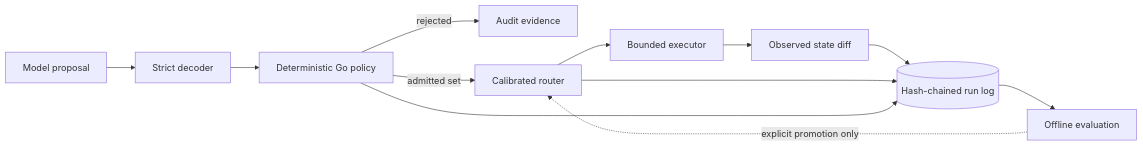
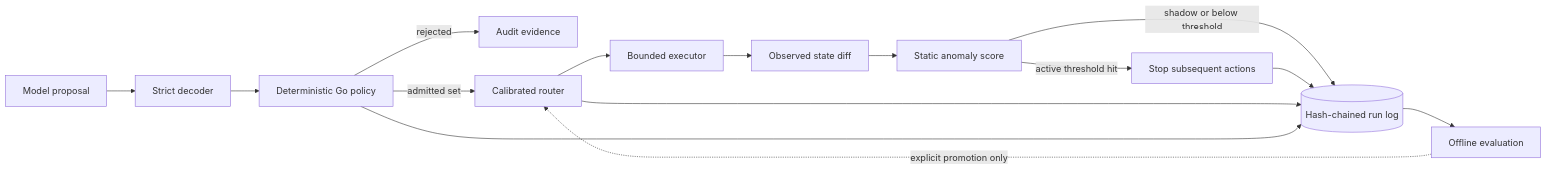
One commit to darshgarg7/Bouncer changed the diagram in README.md. Above: the diagram before and after it, drawn with Mermaid. The commit also changed other lines of this file and 35 other files, not shown here.

Commit message:
Promote static anomaly scoring to runtime gates

````diff
--- a/README.md
+++ b/README.md
@@ -75,14 +75,17 @@
 ```mermaid
 flowchart LR
     M["Model proposal"] --> D["Strict decoder"]
     D --> P["Deterministic Go policy"]
     P -->|"rejected"| A["Audit evidence"]
     P -->|"admitted set"| R["Calibrated router"]
     R --> E["Bounded executor"]
     E --> V["Observed state diff"]
-    V --> L[("Hash-chained run log")]
+    V --> N["Static anomaly score"]
+    N -->|"shadow or below threshold"| L[("Hash-chained run log")]
+    N -->|"active threshold hit"| G["Stop subsequent actions"]
+    G --> L
     R --> L
     P --> L
     L --> O["Offline evaluation"]
     O -. "explicit promotion only" .-> R
 ```
````
